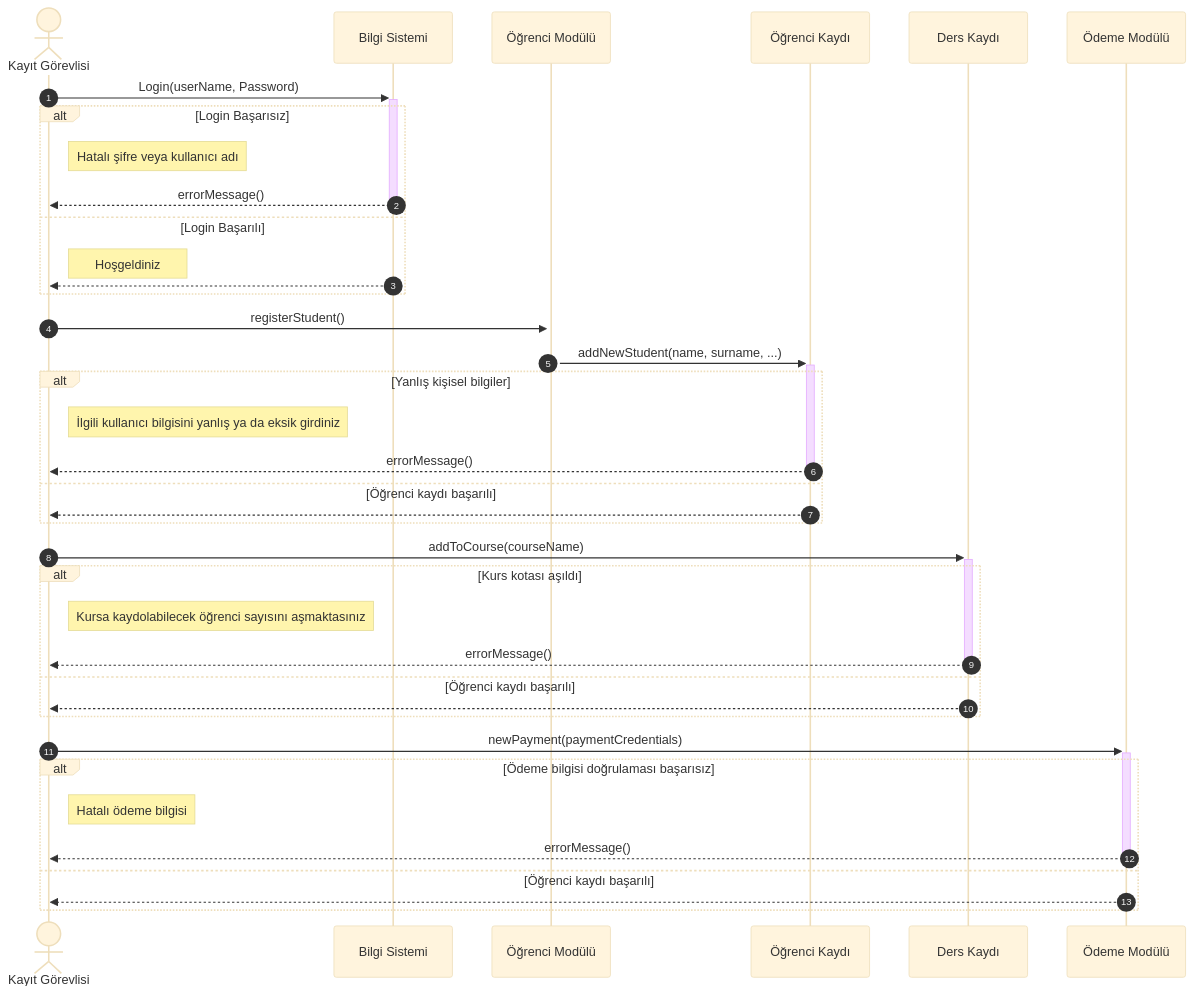
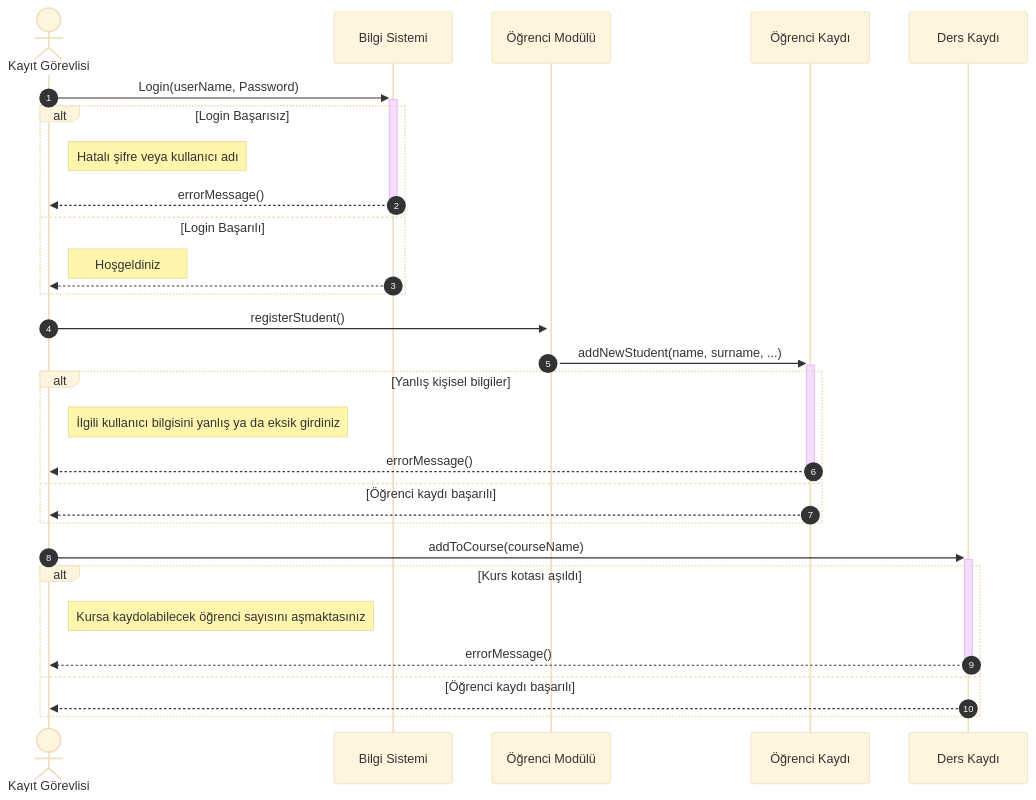
The diagram in 03-Project/02-SequenceDiagram/Student.md (ondergormez/BLM3722_Software_Engineering), drawn with Mermaid (base theme) before and after one commit.

Commit message:
Sequence diagram updated

````diff
--- a/03-Project/02-SequenceDiagram/Student.md
+++ b/03-Project/02-SequenceDiagram/Student.md
@@ -1,44 +1,34 @@
 ```mermaid
 sequenceDiagram
     autonumber
     actor Kayıt Görevlisi
     participant Bilgi Sistemi
     participant Öğrenci Modülü
     participant Öğrenci Kaydı
     participant Ders Kaydı
-    participant Ödeme Modülü
 
     Kayıt Görevlisi->>+Bilgi Sistemi: Login(userName, Password)
     alt Login Başarısız
         Note right of Kayıt Görevlisi: Hatalı şifre veya kullanıcı adı
         Bilgi Sistemi-->>-Kayıt Görevlisi: errorMessage()
     else Login Başarılı
         Note right of Kayıt Görevlisi: Hoşgeldiniz
         Bilgi Sistemi-->>Kayıt Görevlisi: 
     end
     Kayıt Görevlisi->>+Öğrenci Modülü: registerStudent()
     Öğrenci Modülü->>+Öğrenci Kaydı: addNewStudent(name, surname, ...)
     alt Yanlış kişisel bilgiler
         Note right of Kayıt Görevlisi: İlgili kullanıcı bilgisini yanlış ya da eksik girdiniz
         Öğrenci Kaydı-->>-Kayıt Görevlisi: errorMessage()        
     else Öğrenci kaydı başarılı
         Öğrenci Kaydı-->>Kayıt Görevlisi: 
     end     
 
     Kayıt Görevlisi->>+Ders Kaydı: addToCourse(courseName)
     alt Kurs kotası aşıldı
          Note right of Kayıt Görevlisi: Kursa kaydolabilecek öğrenci sayısını aşmaktasınız
         Ders Kaydı-->>-Kayıt Görevlisi: errorMessage()
     else Öğrenci kaydı başarılı
         Ders Kaydı-->>Kayıt Görevlisi:       
-    end 
-
-    Kayıt Görevlisi->>+Ödeme Modülü: newPayment(paymentCredentials)
-    alt Ödeme bilgisi doğrulaması başarısız
-         Note right of Kayıt Görevlisi: Hatalı ödeme bilgisi
-        Ödeme Modülü-->>-Kayıt Görevlisi: errorMessage()
-    else Öğrenci kaydı başarılı
-        Ödeme Modülü-->>Kayıt Görevlisi:       
-    end
-    
+    end    
 ```
````
